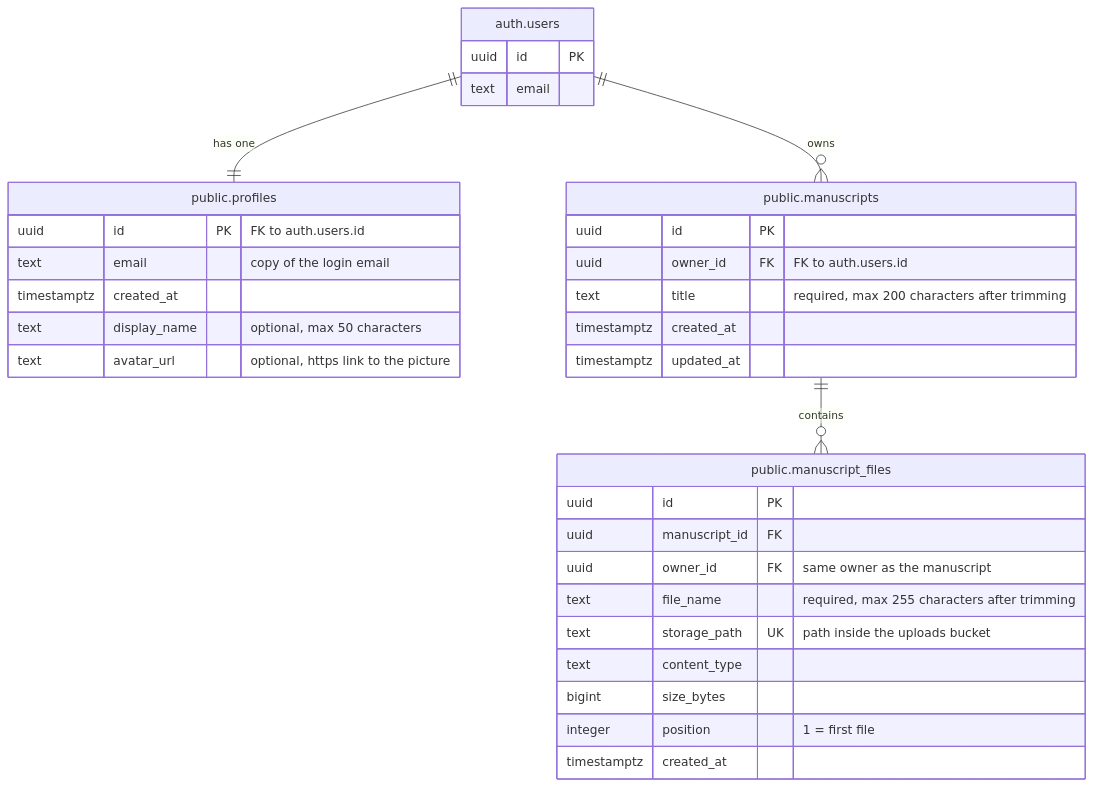
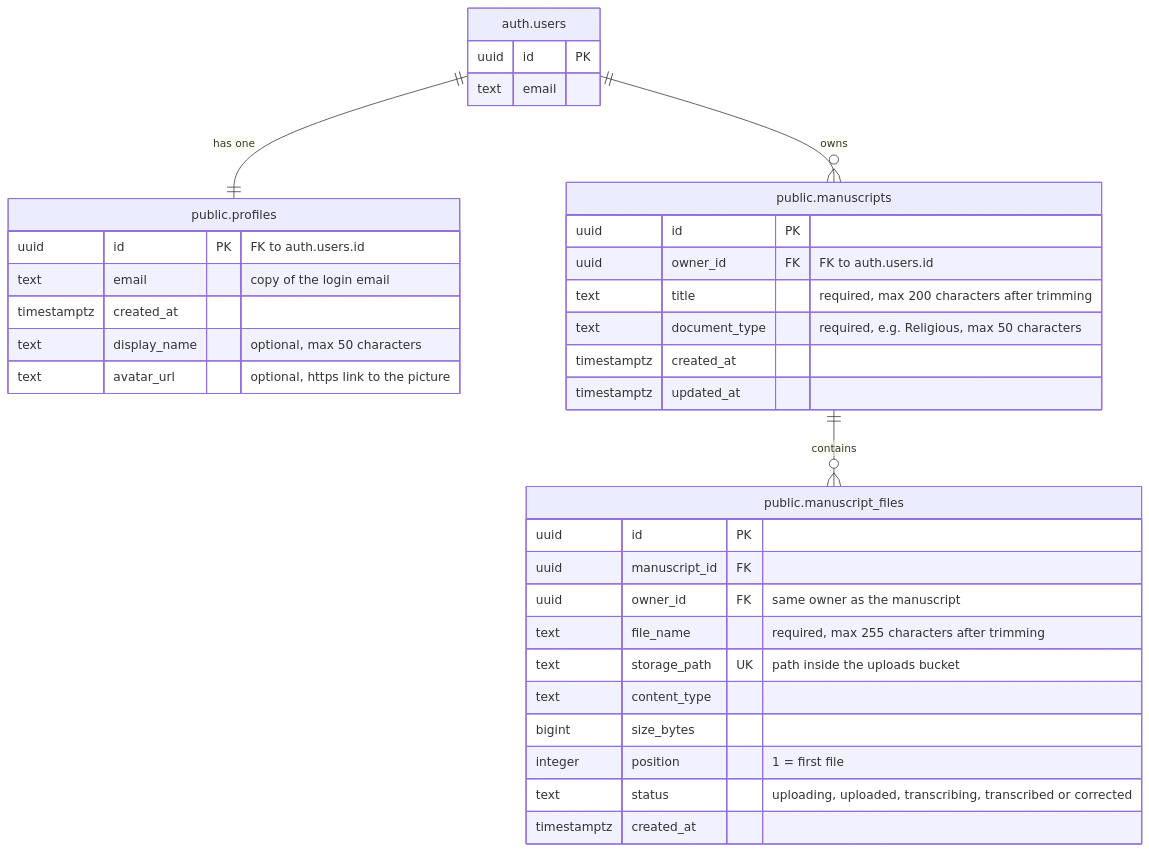
Before and after one commit to nlklfor/manulator: the diagram in docs/database.md, drawn with Mermaid. The commit also changed other lines of this file and 10 other files, not shown here.

````diff
--- a/docs/database.md
+++ b/docs/database.md
@@ -13,35 +13,37 @@
 ```mermaid
 erDiagram
     "auth.users" ||--|| "public.profiles" : "has one"
     "auth.users" ||--o{ "public.manuscripts" : "owns"
     "public.manuscripts" ||--o{ "public.manuscript_files" : "contains"
     "auth.users" {
         uuid id PK
         text email
     }
     "public.profiles" {
         uuid id PK "FK to auth.users.id"
         text email "copy of the login email"
         timestamptz created_at
         text display_name "optional, max 50 characters"
         text avatar_url "optional, https link to the picture"
     }
     "public.manuscripts" {
         uuid id PK
         uuid owner_id FK "FK to auth.users.id"
         text title "required, max 200 characters after trimming"
+        text document_type "required, e.g. Religious, max 50 characters"
         timestamptz created_at
         timestamptz updated_at
     }
     "public.manuscript_files" {
         uuid id PK
         uuid manuscript_id FK
         uuid owner_id FK "same owner as the manuscript"
         text file_name "required, max 255 characters after trimming"
         text storage_path UK "path inside the uploads bucket"
         text content_type
         bigint size_bytes
         integer position "1 = first file"
+        text status "uploading, uploaded, transcribing, transcribed or corrected"
         timestamptz created_at
     }
 ```
````
